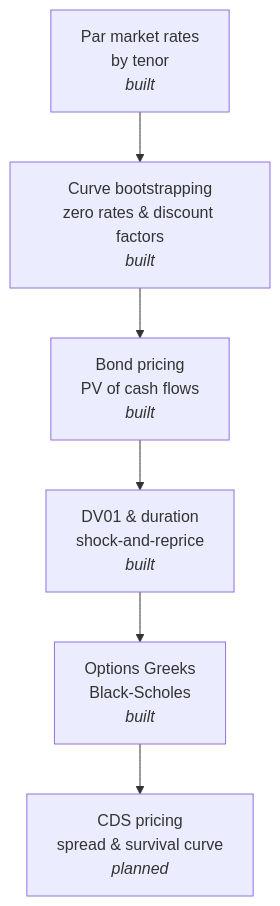
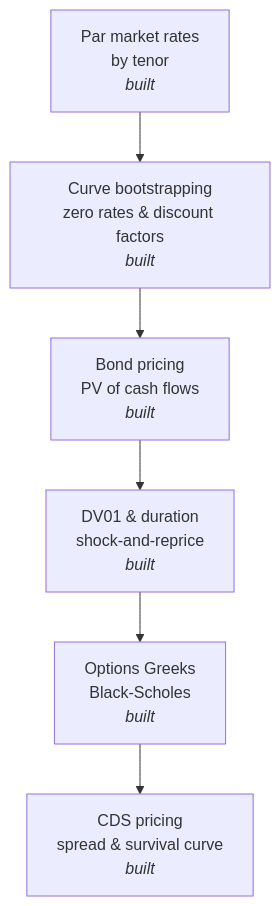
Before and after one commit to yuschajp/rates_derivatives_engine: the diagram in README.md, drawn with Mermaid. The commit also changed other lines of this file and 2 other files, not shown here.

Commit message:
Add CDS pricing: survival curve bootstrapping, fair spread, and mark-to-market valuation

````diff
--- a/README.md
+++ b/README.md
@@ -11,8 +11,8 @@
 ```mermaid
 flowchart TD
     A[Par market rates<br/>by tenor<br/><i>built</i>] --> B[Curve bootstrapping<br/>zero rates & discount factors<br/><i>built</i>]
     B --> C[Bond pricing<br/>PV of cash flows<br/><i>built</i>]
     C --> D[DV01 & duration<br/>shock-and-reprice<br/><i>built</i>]
     D --> E[Options Greeks<br/>Black-Scholes<br/><i>built</i>]
-    E --> F[CDS pricing<br/>spread & survival curve<br/><i>planned</i>]
+    E --> F[CDS pricing<br/>spread & survival curve<br/><i>built</i>]
 ```
````
